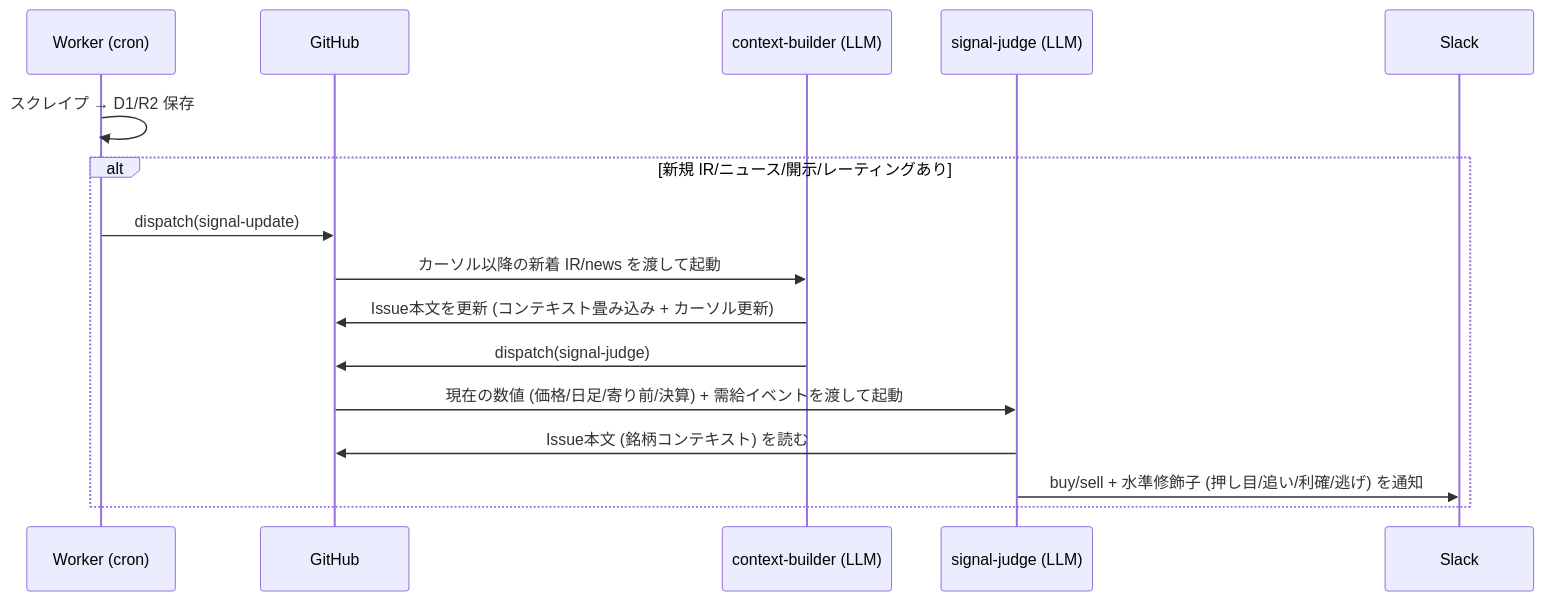
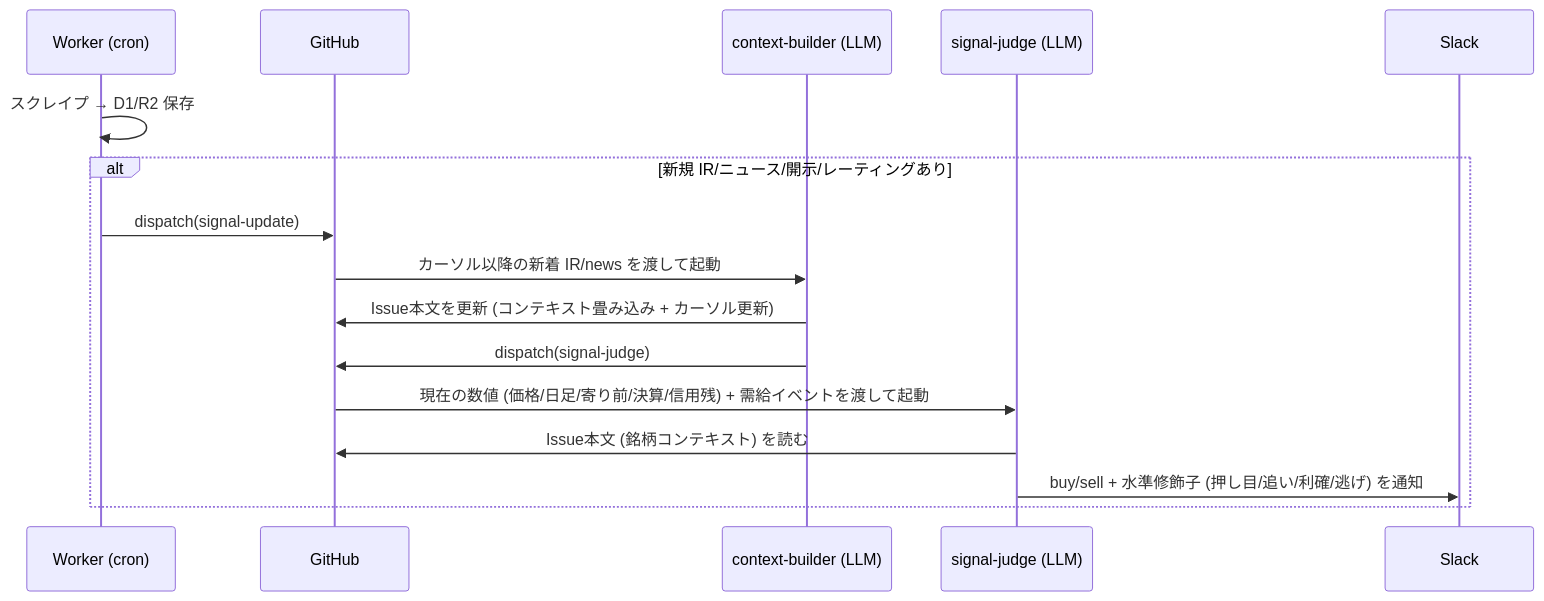
Before and after one commit to omni-stove/stock-signals: the second of 2 diagrams in README.md, drawn with Mermaid. The commit also changed other lines of this file and 11 other files, not shown here.

````diff
--- a/README.md
+++ b/README.md
@@ -110,19 +110,19 @@
 ```mermaid
 sequenceDiagram
     participant W as Worker (cron)
     participant GH as GitHub
     participant CB as context-builder (LLM)
     participant SJ as signal-judge (LLM)
     participant SL as Slack
 
     W->>W: スクレイプ → D1/R2 保存
     alt 新規 IR/ニュース/開示/レーティングあり
         W->>GH: dispatch(signal-update)
         GH->>CB: カーソル以降の新着 IR/news を渡して起動
         CB->>GH: Issue本文を更新 (コンテキスト畳み込み + カーソル更新)
         CB->>GH: dispatch(signal-judge)
-        GH->>SJ: 現在の数値 (価格/日足/寄り前/決算) + 需給イベントを渡して起動
+        GH->>SJ: 現在の数値 (価格/日足/寄り前/決算/信用残) + 需給イベントを渡して起動
         SJ->>GH: Issue本文 (銘柄コンテキスト) を読む
         SJ->>SL: buy/sell + 水準修飾子 (押し目/追い/利確/逃げ) を通知
     end
 ```
````
